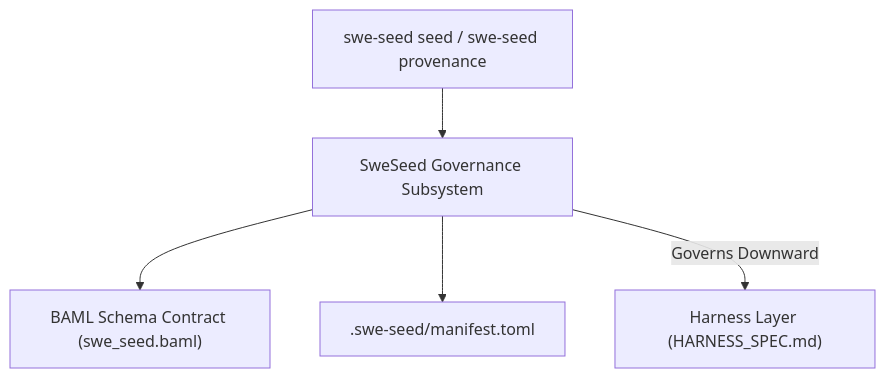
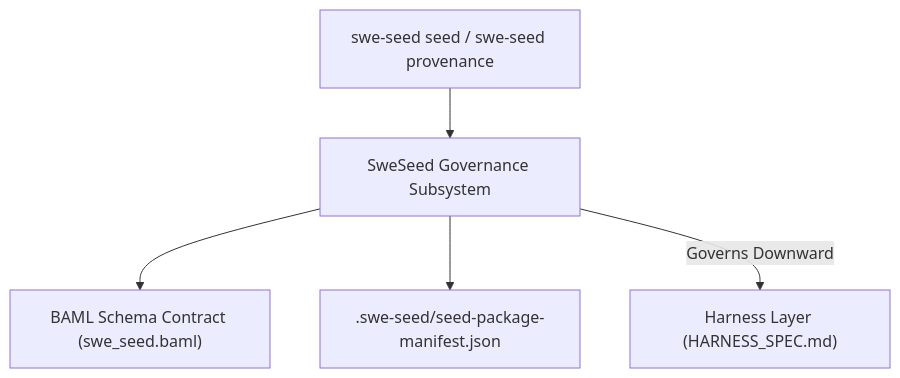
One commit to GodSpeedAI/swe_seed changed the first of 2 diagrams in docs/subsystems/sweseed-governance.md. Above: the diagram before and after it, drawn with Mermaid. The commit also changed other lines of this file and 29 other files, not shown here.

First line of the commit message:
docs: refresh SWE_SEED documentation, add cognitive explainers and reference pages

````diff
--- a/docs/subsystems/sweseed-governance.md
+++ b/docs/subsystems/sweseed-governance.md
@@ -32,7 +32,7 @@
 ```mermaid
 graph TD
     CLI["swe-seed seed / swe-seed provenance"] --> SweSeedGov["SweSeed Governance Subsystem"]
     SweSeedGov --> BAML["BAML Schema Contract (swe_seed.baml)"]
-    SweSeedGov --> Manifest[".swe-seed/manifest.toml"]
+    SweSeedGov --> Manifest[".swe-seed/seed-package-manifest.json"]
     SweSeedGov -->|Governs Downward| Harness["Harness Layer (HARNESS_SPEC.md)"]
 ```
````
